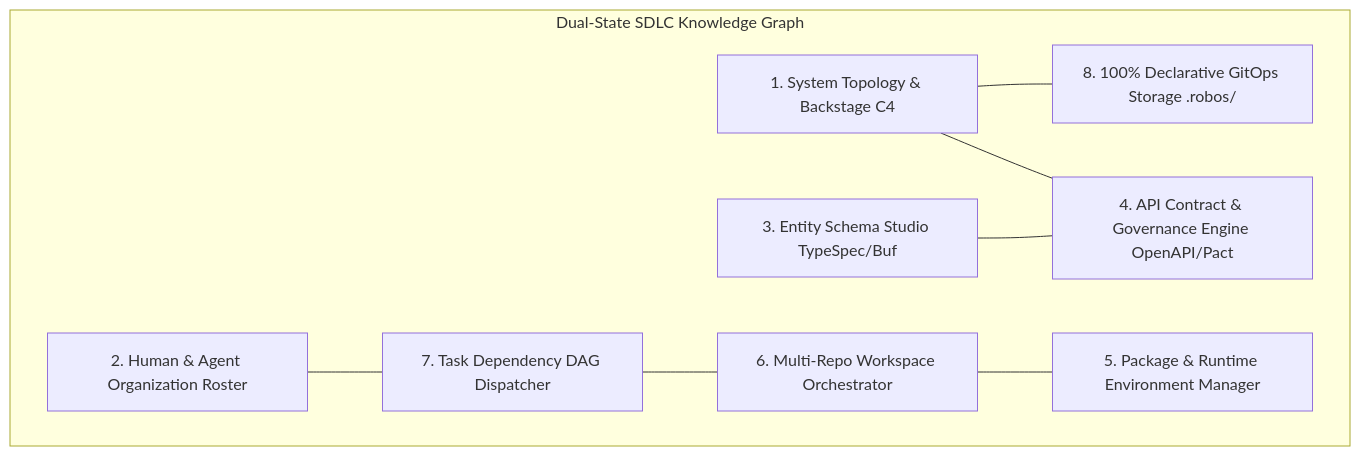
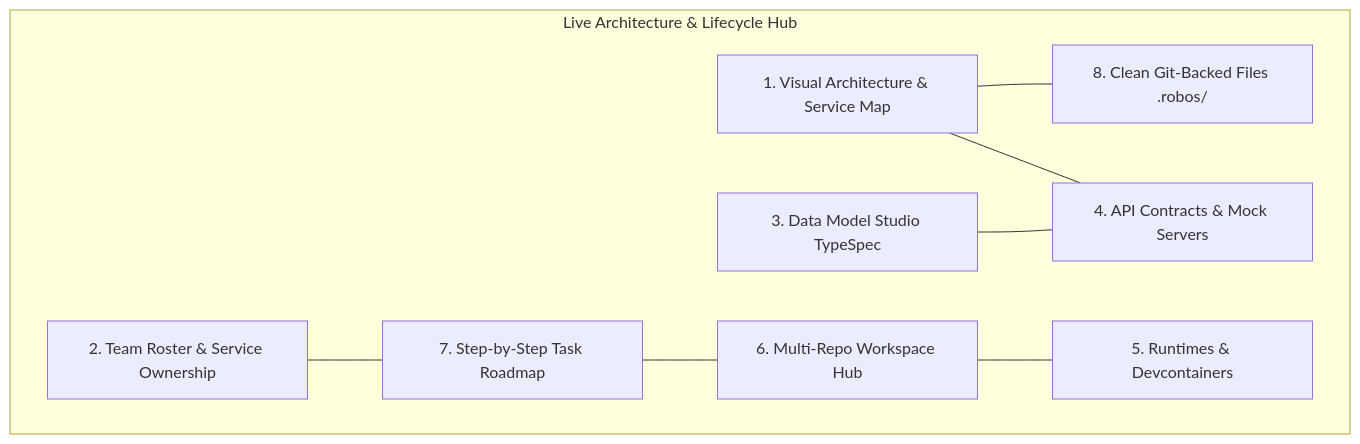
Before and after one commit to nddipiazza/robos: the first of 2 diagrams in docs/architecture.md, drawn with Mermaid. The commit also changed other lines of this file and 5 other files, not shown here.

````diff
--- a/docs/architecture.md
+++ b/docs/architecture.md
@@ -25,20 +25,20 @@
 ```mermaid
 graph TD
-    subgraph KnowledgeGraph [Dual-State SDLC Knowledge Graph]
-        P1[1. System Topology & Backstage C4]
-        P2[2. Human & Agent Organization Roster]
-        P3[3. Entity Schema Studio TypeSpec/Buf]
-        P4[4. API Contract & Governance Engine OpenAPI/Pact]
-        P5[5. Package & Runtime Environment Manager]
-        P6[6. Multi-Repo Workspace Orchestrator]
-        P7[7. Task Dependency DAG Dispatcher]
-        P8[8. 100% Declarative GitOps Storage .robos/]
+    subgraph KnowledgeGraph [Live Architecture & Lifecycle Hub]
+        P1[1. Visual Architecture & Service Map]
+        P2[2. Team Roster & Service Ownership]
+        P3[3. Data Model Studio TypeSpec]
+        P4[4. API Contracts & Mock Servers]
+        P5[5. Runtimes & Devcontainers]
+        P6[6. Multi-Repo Workspace Hub]
+        P7[7. Step-by-Step Task Roadmap]
+        P8[8. Clean Git-Backed Files .robos/]
     end
 
     P1 --- P4
     P3 --- P4
     P2 --- P7
     P6 --- P5
     P7 --- P6
     P1 --- P8
 ```
````
